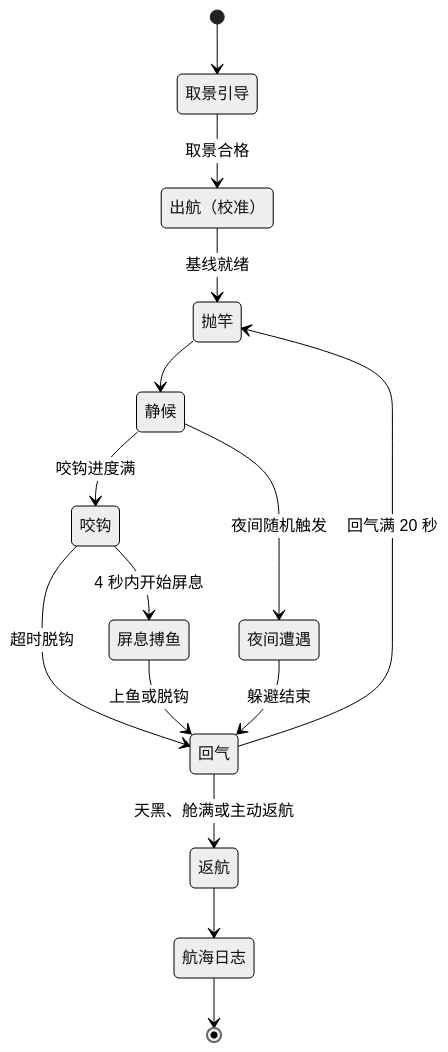
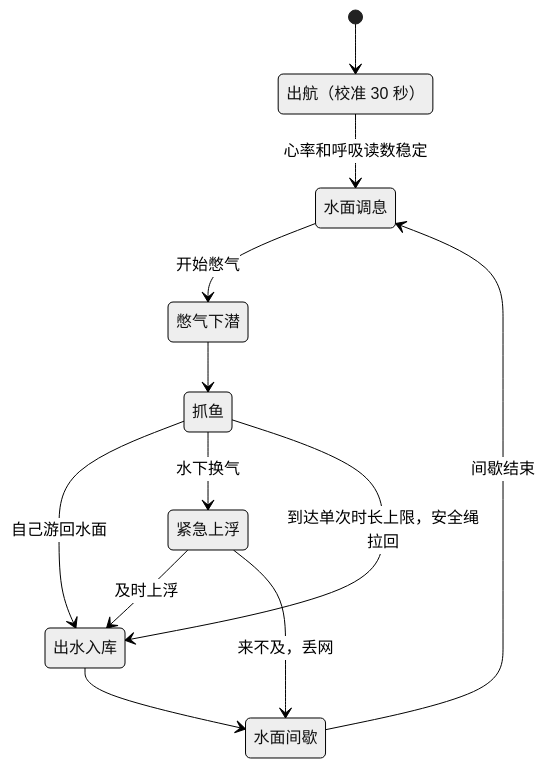
The diagram in design/game-design-document.md (Breathless-Game/Breathless), drawn with Mermaid (neutral theme) before and after one commit. The commit also changed other lines of this file, not shown here.

````diff
--- a/design/game-design-document.md
+++ b/design/game-design-document.md
@@ -83,28 +26,22 @@
 ```mermaid
 stateDiagram-v2
-    state "取景引导" as Framing
-    state "出航（校准）" as Sail
-    state "抛竿" as Cast
-    state "静候" as Wait
-    state "咬钩" as Bite
-    state "屏息搏鱼" as Hold
-    state "夜间遭遇" as Encounter
-    state "回气" as Recover
-    state "返航" as Home
-    state "航海日志" as Report
+    state "出航（校准 30 秒）" as Calib
+    state "水面调息" as Surface
+    state "憋气下潜" as Dive
+    state "抓鱼" as Catch
+    state "紧急上浮" as Emergency
+    state "出水入库" as Bank
+    state "水面间歇" as Rest
 
-    [*] --> Framing
-    Framing --> Sail: 取景合格
-    Sail --> Cast: 基线就绪
-    Cast --> Wait
-    Wait --> Bite: 咬钩进度满
-    Wait --> Encounter: 夜间随机触发
-    Bite --> Hold: 4 秒内开始屏息
-    Bite --> Recover: 超时脱钩
-    Hold --> Recover: 上鱼或脱钩
-    Encounter --> Recover: 躲避结束
-    Recover --> Cast: 回气满 20 秒
-    Recover --> Home: 天黑、舱满或主动返航
-    Home --> Report
-    Report --> [*]
+    [*] --> Calib
+    Calib --> Surface: 心率和呼吸读数稳定
+    Surface --> Dive: 开始憋气
+    Dive --> Catch
+    Catch --> Bank: 自己游回水面
+    Catch --> Emergency: 水下换气
+    Catch --> Bank: 到达单次时长上限，安全绳拉回
+    Emergency --> Bank: 及时上浮
+    Emergency --> Rest: 来不及，丢网
+    Bank --> Rest
+    Rest --> Surface: 间歇结束
 ```
````
